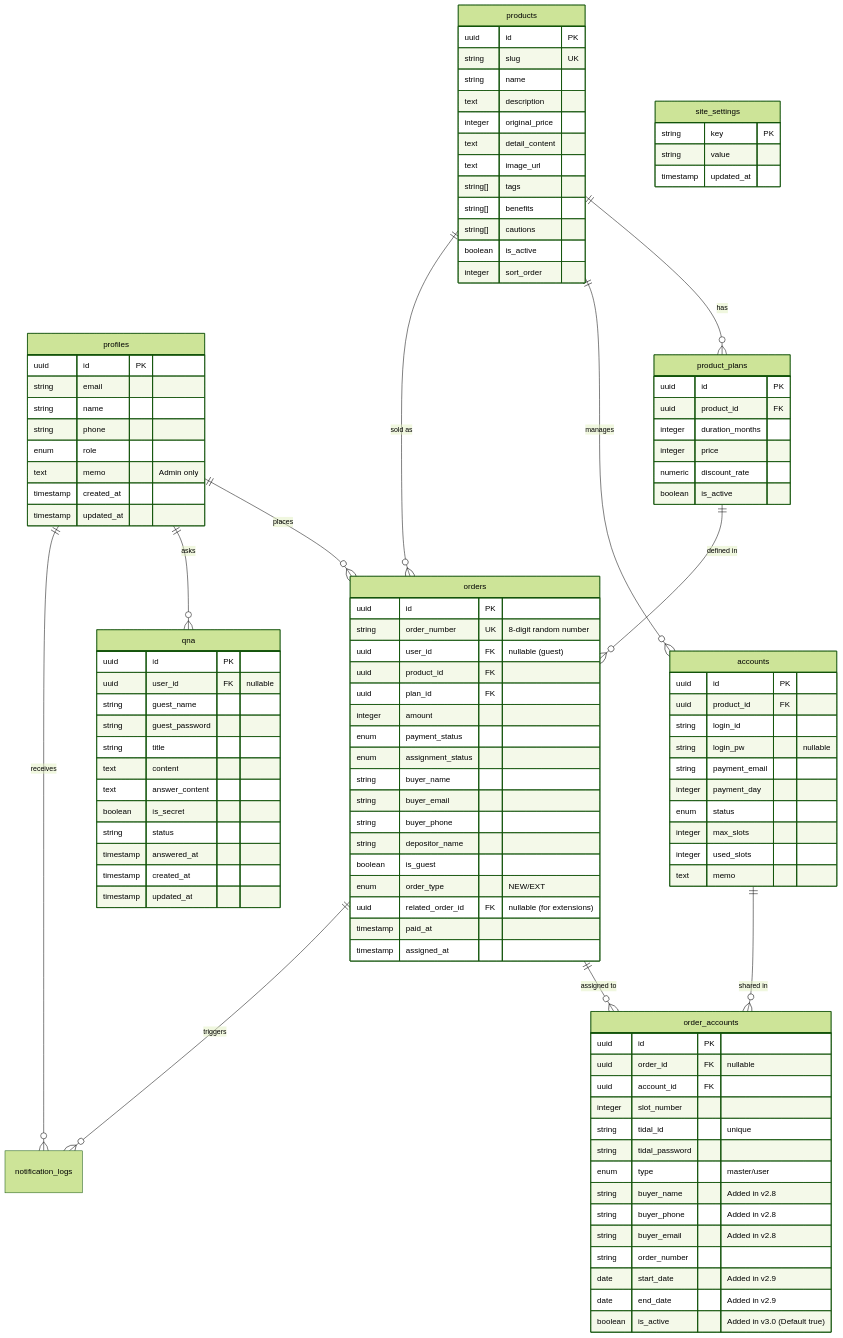
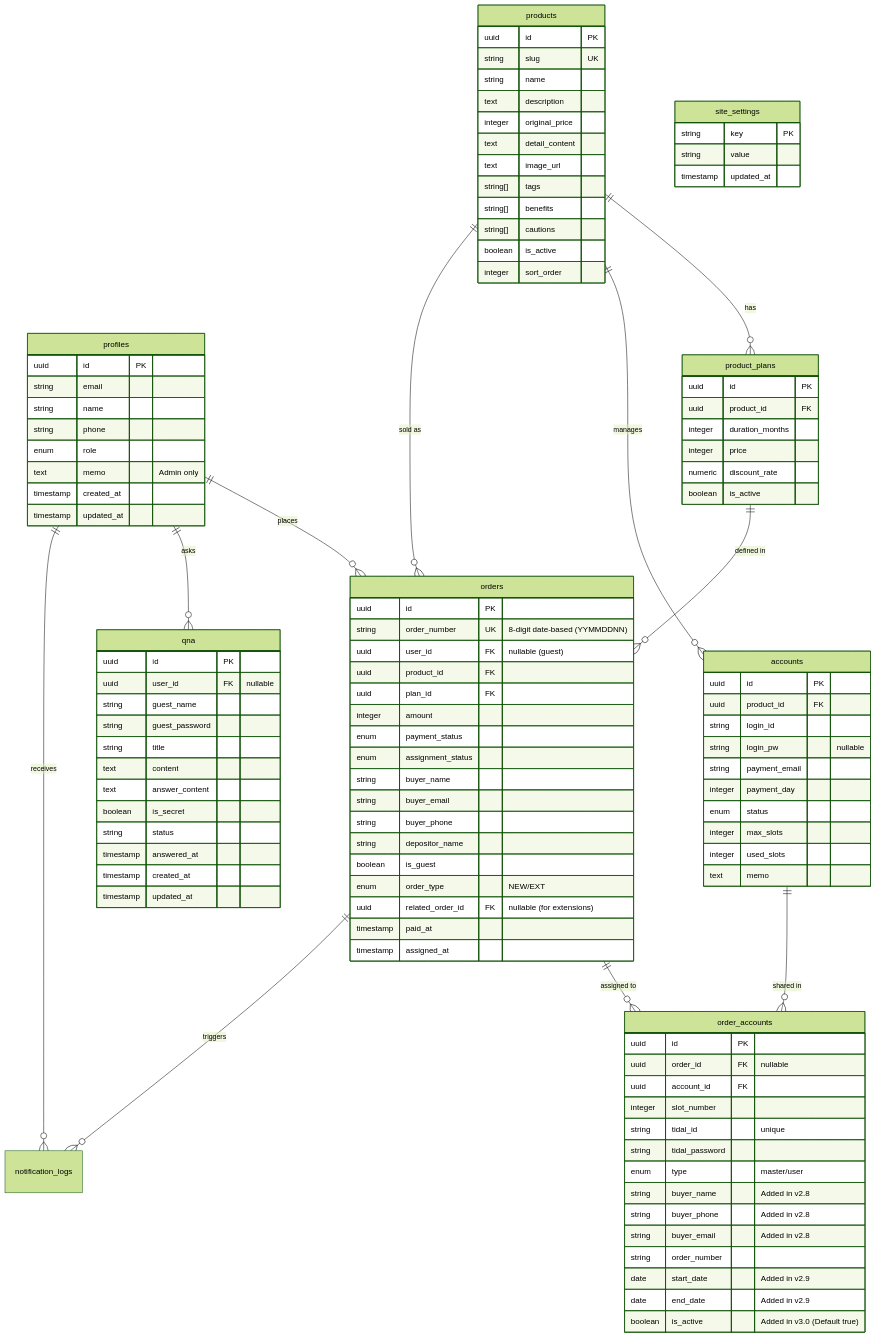
The diagram in docs/db_schema.md (jeon28/dalbus), drawn with Mermaid (forest theme) before and after one commit. The commit also changed other lines of this file and 6 other files, not shown here.

Commit message:
feat: update order number logic to YYMMDDNN and fix admin notification

```diff
--- a/docs/db_schema.md
+++ b/docs/db_schema.md
@@ -69,7 +69,7 @@
 
     orders {
         uuid id PK
-        string order_number UK "8-digit random number"
+        string order_number UK "8-digit date-based (YYMMDDNN)"
         uuid user_id FK "nullable (guest)"
         uuid product_id FK
         uuid plan_id FK
```
